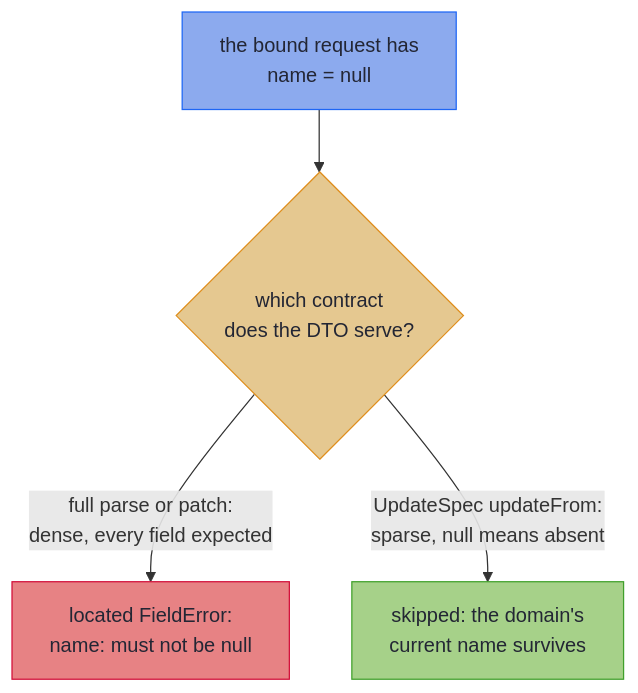
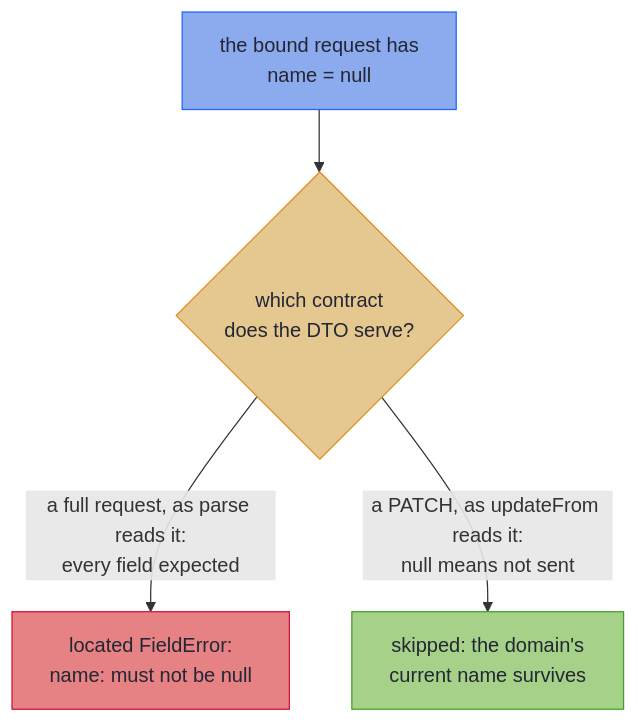
Before and after one commit to higher-kinded-j/higher-kinded-j: the diagram in hkj-book/src/mapping/beans_patch.md, drawn with Mermaid. The commit also changed other lines of this file and 13 other files, not shown here.

First line of the commit message:
Sparse PATCH, rewritten: the rule no compiler checks comes first (#926)

````diff
--- a/hkj-book/src/mapping/beans_patch.md
+++ b/hkj-book/src/mapping/beans_patch.md
@@ -25,15 +24,17 @@
 ```mermaid
 flowchart TD
+    accTitle: One null, two readings
+    accDescr: A full request parsed with parse turns a null name into a located FieldError. A PATCH read with updateFrom skips it and keeps the current name.
     N["the bound request has<br/>name = null"] --> DQ{"which contract<br/>does the DTO serve?"}
-    DQ -->|"full parse or patch:<br/>dense, every field expected"| DE["located FieldError:<br/>name: must not be null"]
-    DQ -->|"UpdateSpec updateFrom:<br/>sparse, null means absent"| SP["skipped: the domain's<br/>current name survives"]
+    DQ -->|"a full request, as parse reads it:<br/>every field expected"| DE["located FieldError:<br/>name: must not be null"]
+    DQ -->|"a PATCH, as updateFrom reads it:<br/>null means not sent"| SP["skipped: the domain's<br/>current name survives"]
 
     classDef wire fill:#8caaee,stroke:#1e66f5,color:#232634
     classDef error fill:#e78284,stroke:#d20f39,color:#232634
     classDef tier fill:#a6d189,stroke:#40a02b,color:#232634
     classDef decision fill:#e5c890,stroke:#df8e1d,color:#232634
     class N wire
     class DE error
     class SP tier
     class DQ decision
 ```
````
